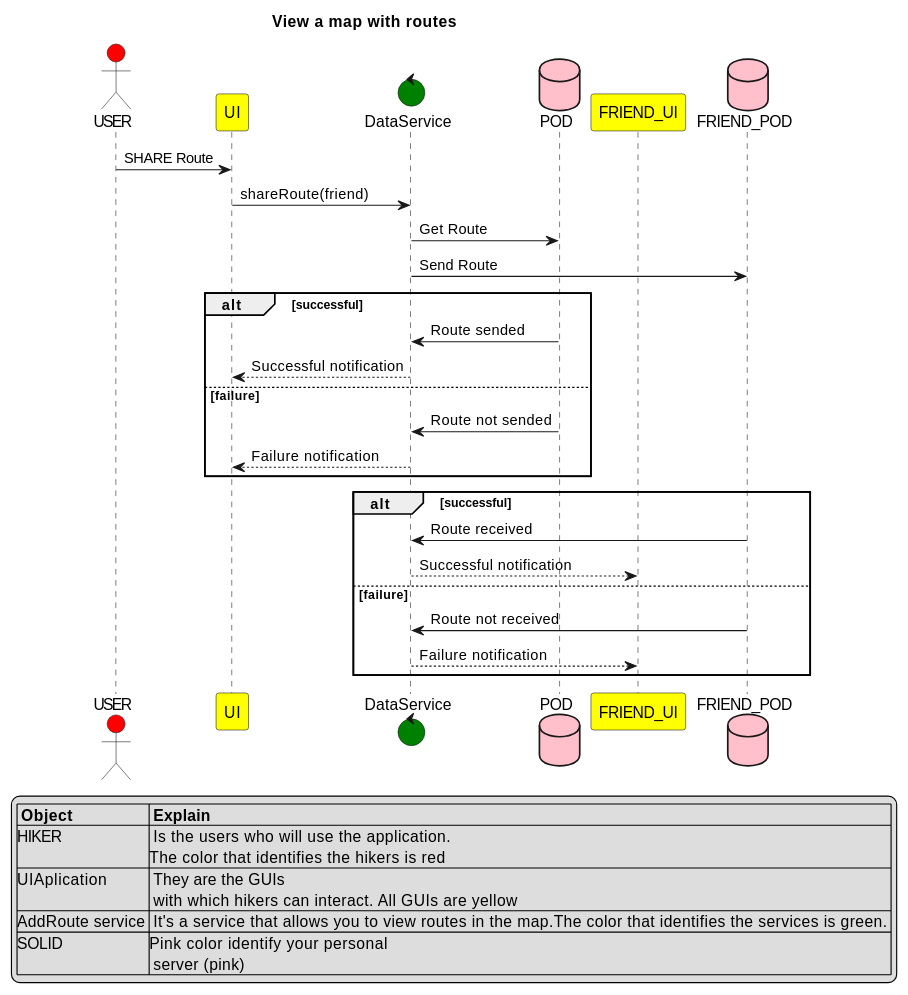
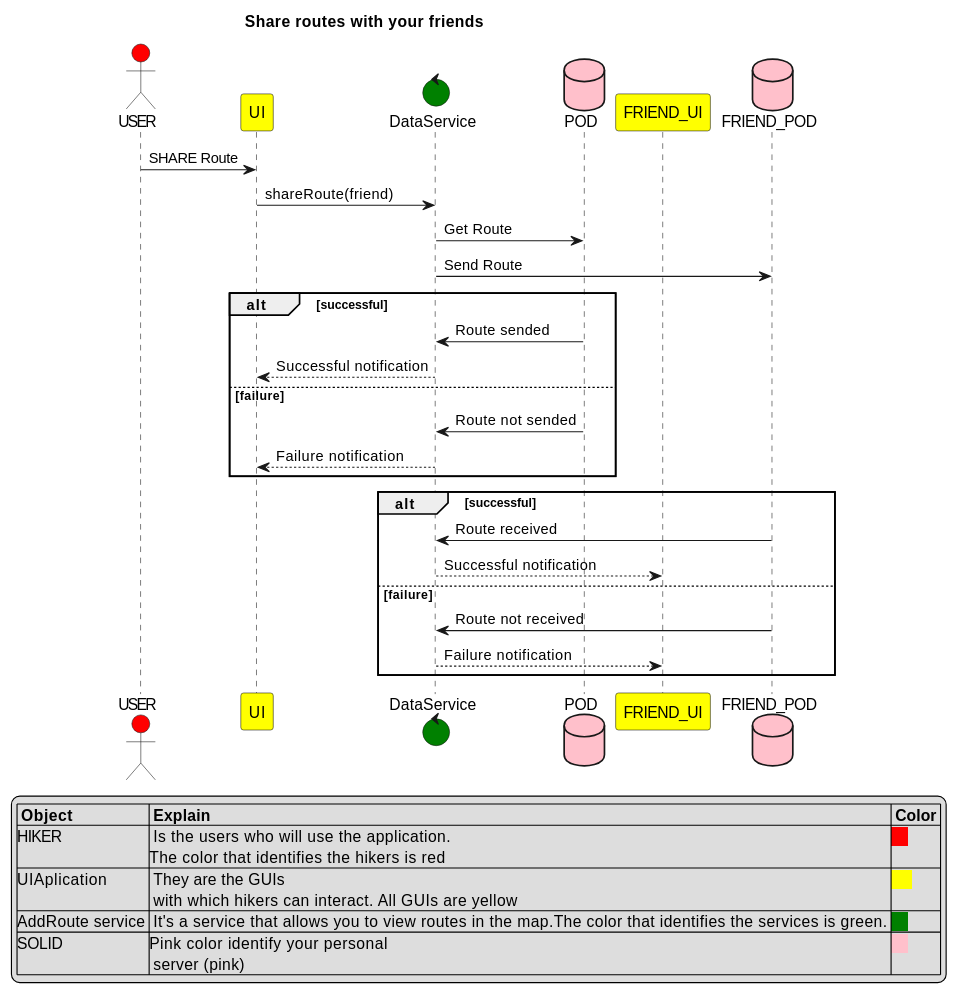
One commit to Arquisoft/viade_es1b changed the fourth of 4 diagrams in src/docs/06_runtime_view.adoc. Above: the diagram before and after it, drawn with PlantUML. The commit also changed other lines of this file and 2 other files, not shown here.

```diff
--- a/src/docs/06_runtime_view.adoc
+++ b/src/docs/06_runtime_view.adoc
@@ -149,46 +153,46 @@
-[plantuml,"View Map",png]
+[plantuml,"Share routes",png]
 ----
-title View a map with routes
+title Share routes with your friends
 
 
 
 actor USER #red
 participant UI #yellow
 control DataService #green
 database POD #pink
 participant FRIEND_UI #yellow
 database FRIEND_POD #pink
 
 USER -> UI: SHARE Route
 UI -> DataService: shareRoute(friend)
 DataService -> POD: Get Route
 DataService -> FRIEND_POD: Send Route
 
 alt successful
 	POD -> DataService: Route sended
 	DataService --> UI: Successful notification
 
 else failure
 	POD -> DataService: Route not sended
 	DataService --> UI: Failure notification
 	end
 
 
 
 alt successful
 	FRIEND_POD -> DataService: Route received
 	DataService --> FRIEND_UI: Successful notification
 
 else failure
 	FRIEND_POD -> DataService: Route not received
 	DataService --> FRIEND_UI: Failure notification
 	end
 
 legend
-|= Object |= Explain |
+|= Object |= Explain |= Color |
 |HIKER | Is the users who will use the application.\nThe color that identifies the hikers is red |<back:#FF0000>    </back> |
 |UIAplication | They are the GUIs\n with which hikers can interact. All GUIs are yellow |<back:yellow>     </back> |
 |AddRoute service | It's a service that allows you to view routes in the map.The color that identifies the services is green. |<back:green>    </back> |
 |SOLID|Pink color identify your personal\n server (pink)|<back:pink>    </back> |
 endlegend
 ----
```
